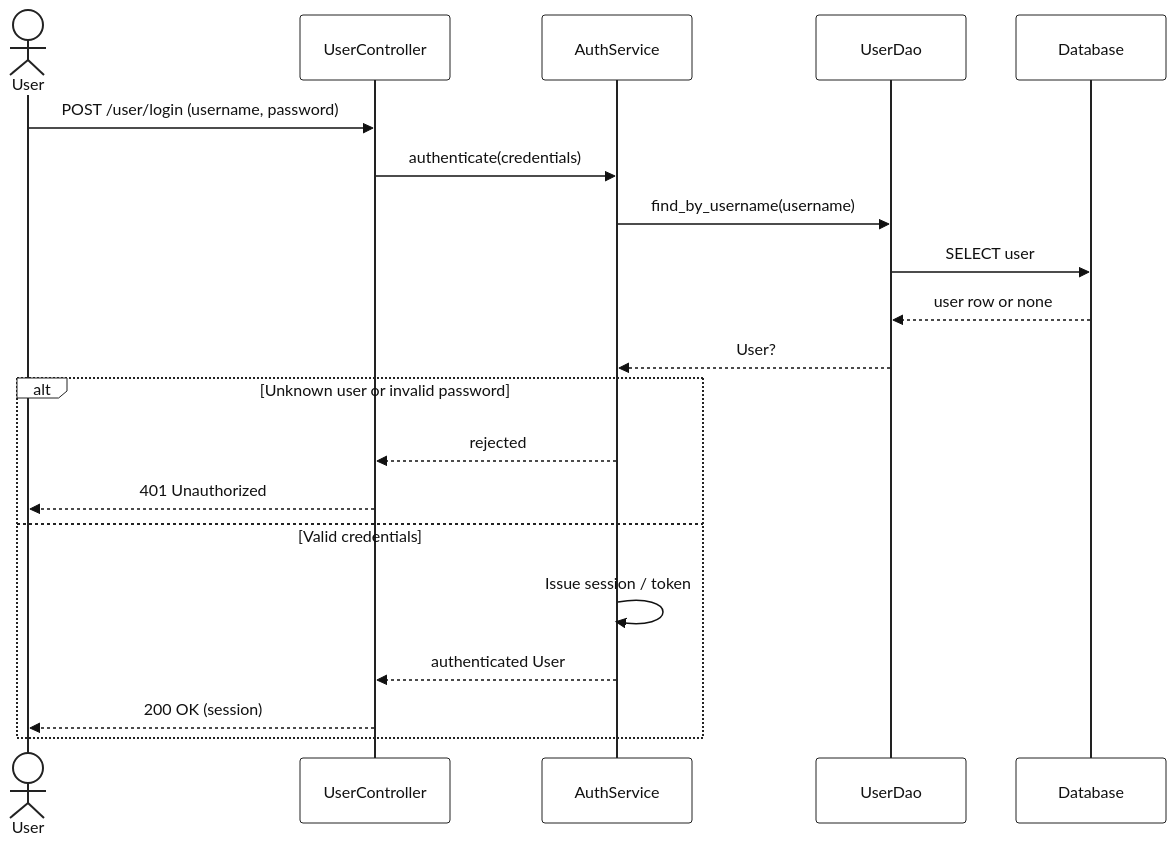
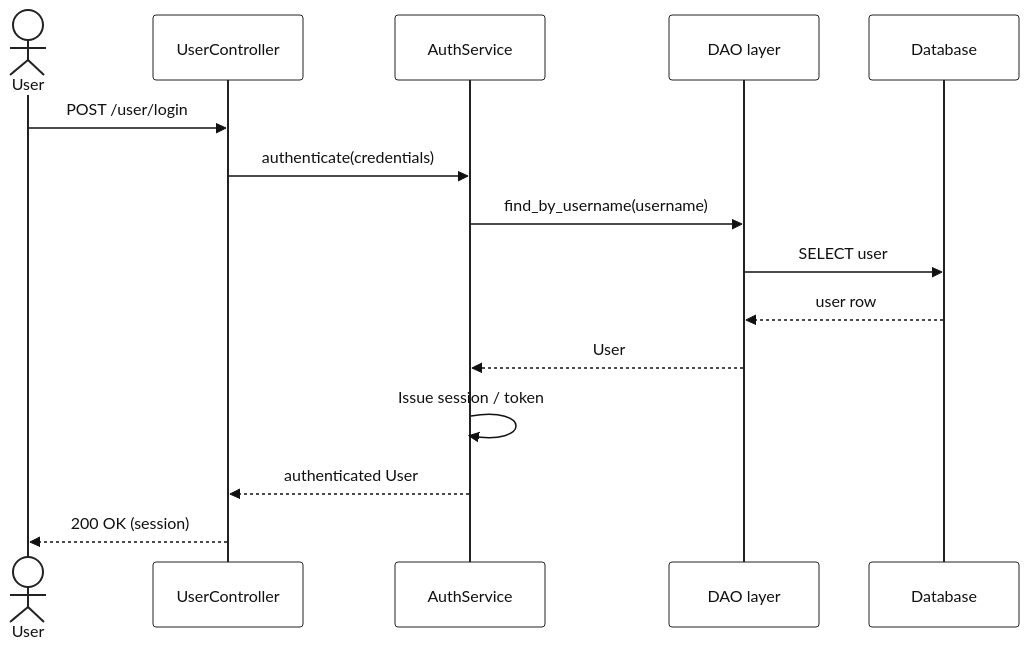
Before and after one commit to gabriel-dahan/ensai-it-project-2a-team12: the fifth of 8 diagrams in doc/sequence_diagram.md, drawn with Mermaid. The commit also changed other lines of this file and 18 other files, not shown here.

Commit message:
Simplified sequence diagrams

````diff
--- a/doc/sequence_diagram.md
+++ b/doc/sequence_diagram.md
@@ -357,58 +283,52 @@
 ```mermaid
 %%{
   init: {
     "theme": "base",
     "themeVariables": {
       "background": "#ffffff",
       "mainBkg": "#ffffff",
       "textColor": "#111111",
       "primaryColor": "#ffffff",
       "primaryTextColor": "#111111",
       "primaryBorderColor": "#222222",
       "secondaryColor": "#f3f4f6",
       "tertiaryColor": "#ffffff",
       "lineColor": "#222222",
       "actorBkg": "#ffffff",
       "actorBorder": "#222222",
       "actorTextColor": "#111111",
       "actorLineColor": "#222222",
       "signalColor": "#111111",
       "signalTextColor": "#111111",
       "labelBoxBkgColor": "#ffffff",
       "labelBoxBorderColor": "#222222",
       "labelTextColor": "#111111",
       "loopTextColor": "#111111",
       "noteBkgColor": "#fff3cd",
       "noteTextColor": "#111111",
       "noteBorderColor": "#222222",
       "activationBkgColor": "#e5e7eb",
       "activationBorderColor": "#222222",
       "sequenceNumberColor": "#ffffff",
       "fontFamily": "arial",
       "fontSize": "16px"
     }
   }
 }%%
 sequenceDiagram
     actor User
     participant Controller as UserController
-    participant AuthSvc as AuthService
-    participant UserDao as UserDao
+    participant Service as AuthService
+    participant DAO as DAO layer
     participant DB as Database
 
-    User->>Controller: POST /user/login (username, password)
-    Controller->>AuthSvc: authenticate(credentials)
-    AuthSvc->>UserDao: find_by_username(username)
-    UserDao->>DB: SELECT user
-    DB-->>UserDao: user row or none
-    UserDao-->>AuthSvc: User?
-
-    alt Unknown user or invalid password
-        AuthSvc-->>Controller: rejected
-        Controller-->>User: 401 Unauthorized
-    else Valid credentials
-        AuthSvc->>AuthSvc: Issue session / token
-        AuthSvc-->>Controller: authenticated User
-        Controller-->>User: 200 OK (session)
-    end
+    User->>Controller: POST /user/login
+    Controller->>Service: authenticate(credentials)
+    Service->>DAO: find_by_username(username)
+    DAO->>DB: SELECT user
+    DB-->>DAO: user row
+    DAO-->>Service: User
+    Service->>Service: Issue session / token
+    Service-->>Controller: authenticated User
+    Controller-->>User: 200 OK (session)
 ```
````
